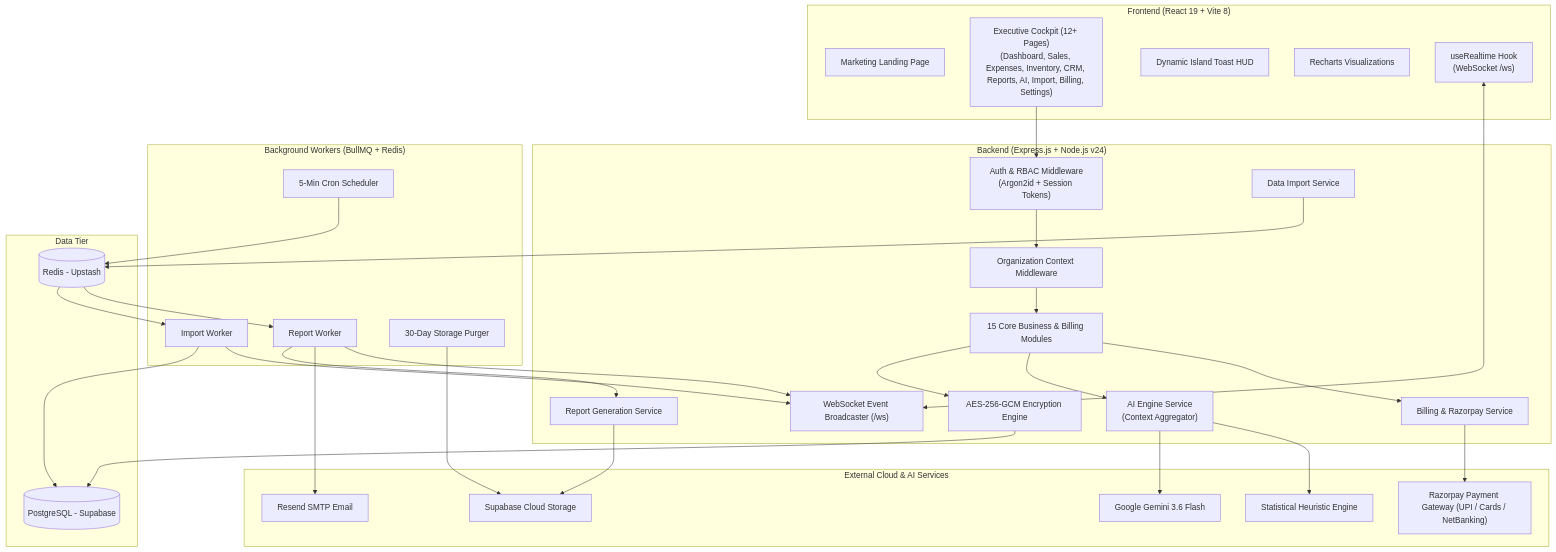
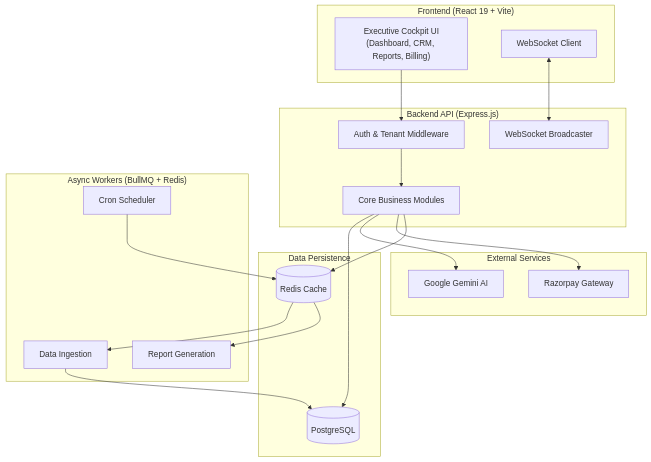
Before and after one commit to souvikx18/DecisionOS: the diagram in README.MD, drawn with Mermaid. The commit also changed other lines of this file and 1 other file, not shown here.

````diff
--- a/README.MD
+++ b/README.MD
@@ -143,57 +68,37 @@
 ```mermaid
 flowchart TD
-    subgraph Client["Frontend (React 19 + Vite 8)"]
-        Landing["Marketing Landing Page"]
-        UI["Executive Cockpit (12+ Pages)\n(Dashboard, Sales, Expenses, Inventory, CRM, Reports, AI, Import, Billing, Settings)"]
-        Toast["Dynamic Island Toast HUD"]
-        Charts["Recharts Visualizations"]
-        RealtimeHook["useRealtime Hook\n(WebSocket /ws)"]
+    subgraph Client["Frontend (React 19 + Vite)"]
+        UI["Executive Cockpit UI\n(Dashboard, CRM, Reports, Billing)"]
+        RealtimeHook["WebSocket Client"]
     end
 
-    subgraph API["Backend (Express.js + Node.js v24)"]
-        Auth["Auth & RBAC Middleware\n(Argon2id + Session Tokens)"]
-        Tenant["Organization Context Middleware"]
-        Crypto["AES-256-GCM Encryption Engine"]
-        Modules["15 Core Business & Billing Modules"]
-        AIEngine["AI Engine Service\n(Context Aggregator)"]
-        ImportSvc["Data Import Service"]
-        ReportSvc["Report Generation Service"]
-        BillingSvc["Billing & Razorpay Service"]
-        WSHandler["WebSocket Event Broadcaster (/ws)"]
+    subgraph API["Backend API (Express.js)"]
+        Auth["Auth & Tenant Middleware"]
+        Modules["Core Business Modules"]
+        WSHandler["WebSocket Broadcaster"]
     end
 
-    subgraph Workers["Background Workers (BullMQ + Redis)"]
-        ImportWorker["Import Worker"]
-        ReportWorker["Report Worker"]
-        ReportScheduler["5-Min Cron Scheduler"]
-        Purger["30-Day Storage Purger"]
+    subgraph Workers["Async Workers (BullMQ + Redis)"]
+        ImportWorker["Data Ingestion"]
+        ReportWorker["Report Generation"]
+        Scheduler["Cron Scheduler"]
     end
 
-    subgraph External["External Cloud & AI Services"]
-        Gemini["Google Gemini 3.6 Flash"]
-        Fallback["Statistical Heuristic Engine"]
-        RazorpayGateway["Razorpay Payment Gateway (UPI / Cards / NetBanking)"]
-        Storage["Supabase Cloud Storage"]
-        Email["Resend SMTP Email"]
+    subgraph External["External Services"]
+        Gemini["Google Gemini AI"]
+        Razorpay["Razorpay Gateway"]
     end
 
-    subgraph Infra["Data Tier"]
-        PG[("PostgreSQL - Supabase")]
-        Redis[("Redis - Upstash")]
+    subgraph Infra["Data Persistence"]
+        PG[("PostgreSQL")]
+        Redis[("Redis Cache")]
     end
 
-    UI --> Auth --> Tenant --> Modules
+    UI --> Auth --> Modules
     RealtimeHook <--> WSHandler
-    Modules --> Crypto --> PG
-    Modules --> AIEngine
-    AIEngine --> Gemini
-    AIEngine --> Fallback
-    Modules --> BillingSvc --> RazorpayGateway
-    ImportSvc --> Redis --> ImportWorker --> PG
-    ImportWorker --> WSHandler
-    ReportSvc --> Storage
-    ReportScheduler --> Redis --> ReportWorker --> ReportSvc
-    ReportWorker --> Email
-    ReportWorker --> WSHandler
-    Purger --> Storage
+    Modules --> PG
+    Modules --> Gemini
+    Modules --> Razorpay
+    Modules --> Redis --> ImportWorker --> PG
+    Scheduler --> Redis --> ReportWorker
 ```
````
